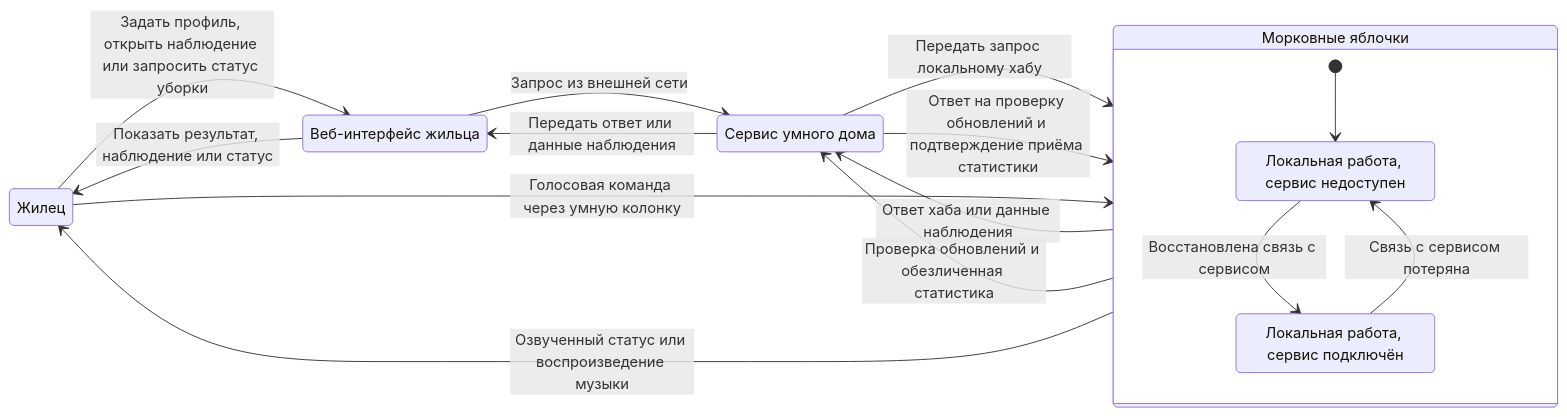
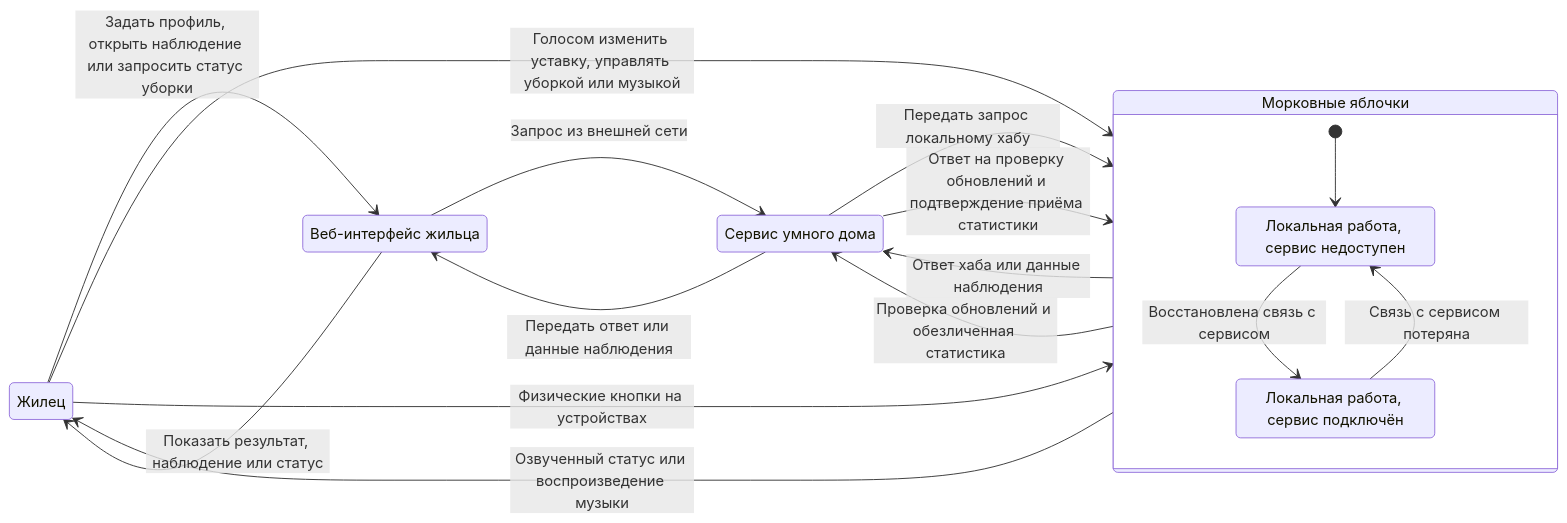
One commit to BPLA-Team/carrot-apples changed the diagram in customer_side/CONTEXT_DIAGRAM.md. Above: the diagram before and after it, drawn with Mermaid. The commit also changed 19 other files, not shown here.

Commit message:
docs(architecture): describe physical controls and voice climate settings

````diff
--- a/customer_side/CONTEXT_DIAGRAM.md
+++ b/customer_side/CONTEXT_DIAGRAM.md
@@ -3,24 +3,25 @@
 ```mermaid
 stateDiagram-v2
     direction LR
     state "Жилец" as Resident
     state "Сервис умного дома" as Service
     state "Веб-интерфейс жильца" as Web
     state "Морковные яблочки" as Home {
         [*] --> Local
         state "Локальная работа, сервис недоступен" as Local
         state "Локальная работа, сервис подключён" as Connected
         Local --> Connected: Восстановлена связь с сервисом
         Connected --> Local: Связь с сервисом потеряна
     }
     Resident --> Web: Задать профиль, открыть наблюдение или запросить статус уборки
     Web --> Service: Запрос из внешней сети
     Service --> Home: Передать запрос локальному хабу
     Home --> Service: Ответ хаба или данные наблюдения
     Home --> Service: Проверка обновлений и обезличенная статистика
     Service --> Home: Ответ на проверку обновлений и подтверждение приёма статистики
     Service --> Web: Передать ответ или данные наблюдения
     Web --> Resident: Показать результат, наблюдение или статус
-    Resident --> Home: Голосовая команда через умную колонку
+    Resident --> Home: Голосом изменить уставку, управлять уборкой или музыкой
+    Resident --> Home: Физические кнопки на устройствах
     Home --> Resident: Озвученный статус или воспроизведение музыки
 ```
````
